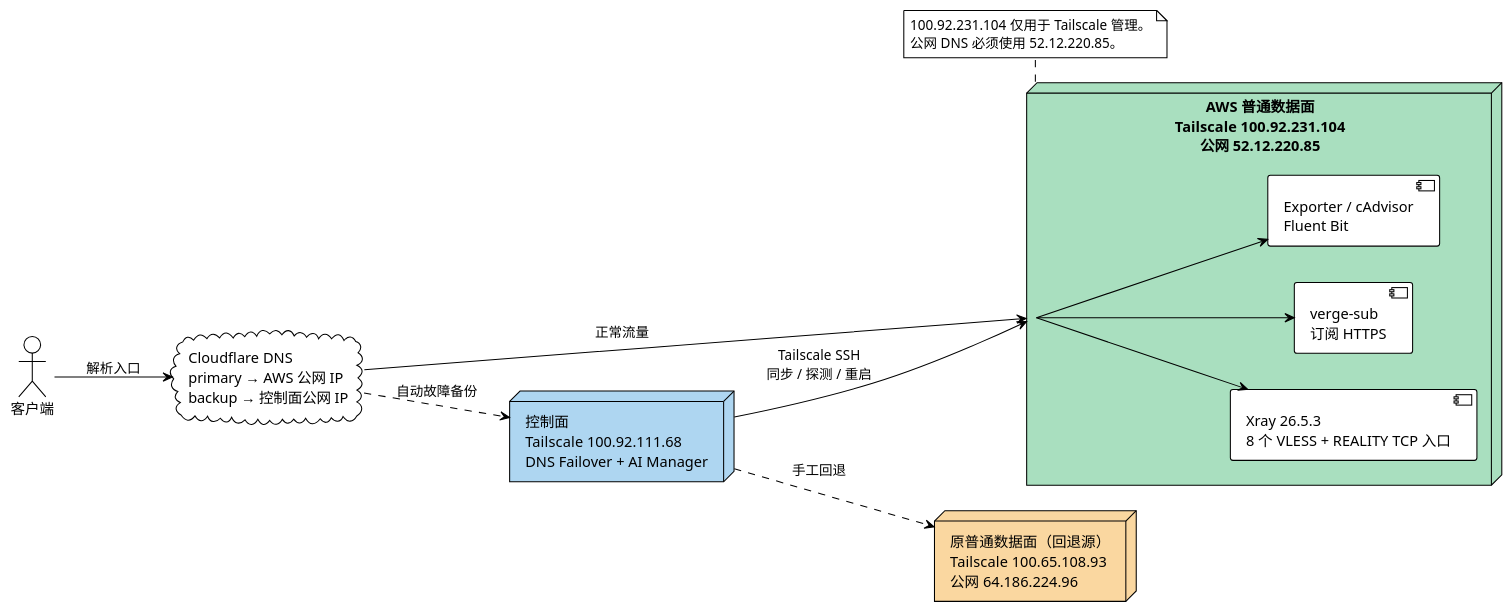
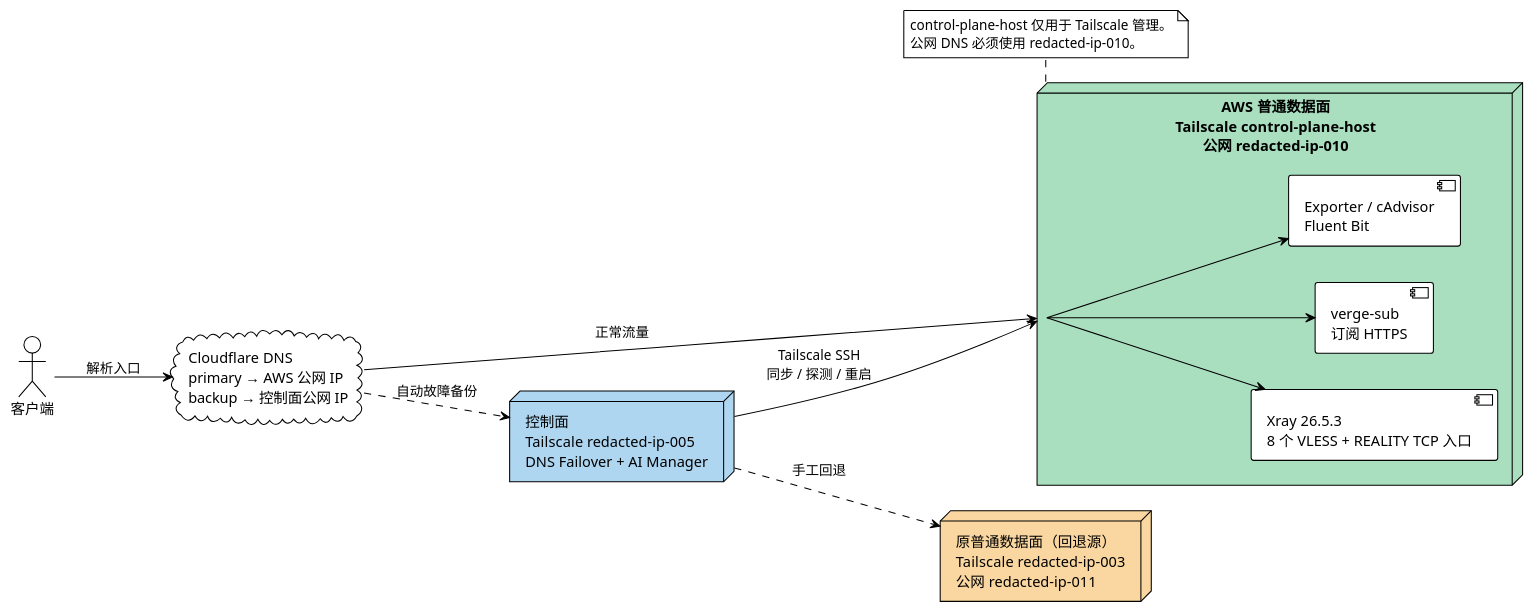
Before and after one commit to i-zrhe2016/ai-routing-panel: the diagram in docs/diagrams/aws-normal-data-plane-migration.puml, drawn with PlantUML. The commit also changed 43 other files, not shown here.

```diff
--- a/docs/diagrams/aws-normal-data-plane-migration.puml
+++ b/docs/diagrams/aws-normal-data-plane-migration.puml
@@ -1,30 +1,30 @@
 @startuml
 !theme plain
 left to right direction
 
 actor "客户端" as client
 cloud "Cloudflare DNS\nprimary → AWS 公网 IP\nbackup → 控制面公网 IP" as dns
 
-node "AWS 普通数据面\nTailscale 100.92.231.104\n公网 52.12.220.85" as aws #A9DFBF {
+node "AWS 普通数据面\nTailscale control-plane-host\n公网 redacted-ip-010" as aws #A9DFBF {
   component "Xray 26.5.3\n8 个 VLESS + REALITY TCP 入口" as xray
   component "verge-sub\n订阅 HTTPS" as subscription
   component "Exporter / cAdvisor\nFluent Bit" as monitoring
 }
 
-node "原普通数据面（回退源）\nTailscale 100.65.108.93\n公网 64.186.224.96" as old #FAD7A0
-node "控制面\nTailscale 100.92.111.68\nDNS Failover + AI Manager" as control #AED6F1
+node "原普通数据面（回退源）\nTailscale redacted-ip-003\n公网 redacted-ip-011" as old #FAD7A0
+node "控制面\nTailscale redacted-ip-005\nDNS Failover + AI Manager" as control #AED6F1
 
 client --> dns : 解析入口
 dns --> aws : 正常流量
 dns ..> control : 自动故障备份
 control --> aws : Tailscale SSH\n同步 / 探测 / 重启
 control ..> old : 手工回退
 aws --> xray
 aws --> subscription
 aws --> monitoring
 
 note bottom of aws
-100.92.231.104 仅用于 Tailscale 管理。
-公网 DNS 必须使用 52.12.220.85。
+control-plane-host 仅用于 Tailscale 管理。
+公网 DNS 必须使用 redacted-ip-010。
 end note
 @enduml
```
